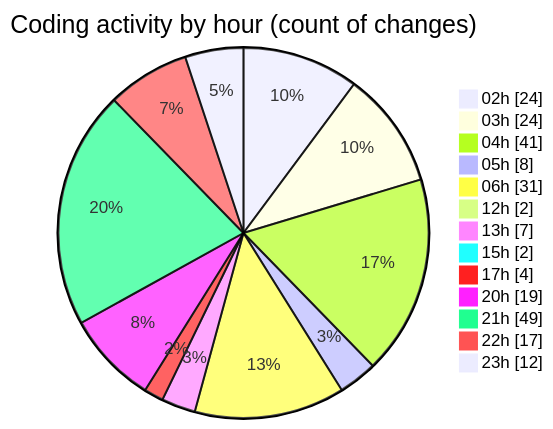
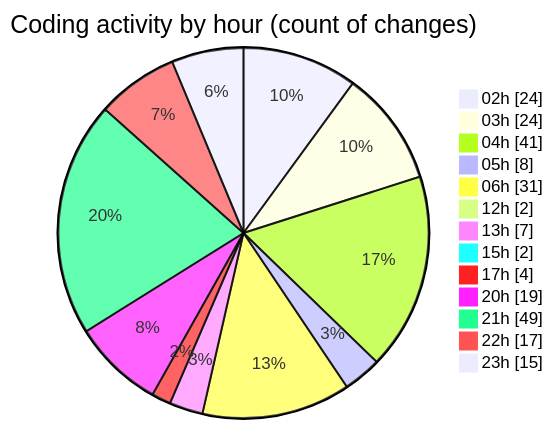
Before and after one commit to lephambinh05/code-tracking: the second of 2 diagrams in 2025-07-23/quanlyrapchieuphim/README.md, drawn with Mermaid. The commit also changed other lines of this file and 1 other file, not shown here.

````diff
--- a/2025-07-23/quanlyrapchieuphim/README.md
+++ b/2025-07-23/quanlyrapchieuphim/README.md
@@ -46,17 +46,17 @@
 ```mermaid
 pie showData
 title Coding activity by hour (count of changes)
 "02h" : 24
 "03h" : 24
 "04h" : 41
 "05h" : 8
 "06h" : 31
 "12h" : 2
 "13h" : 7
 "15h" : 2
 "17h" : 4
 "20h" : 19
 "21h" : 49
 "22h" : 17
-"23h" : 12
+"23h" : 15
 ```
````
